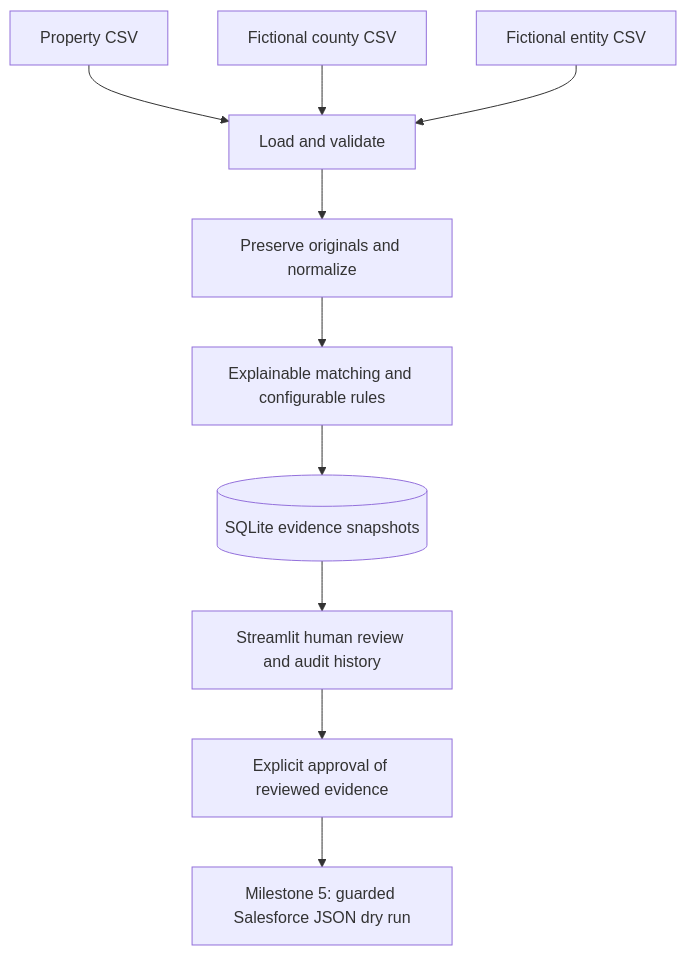
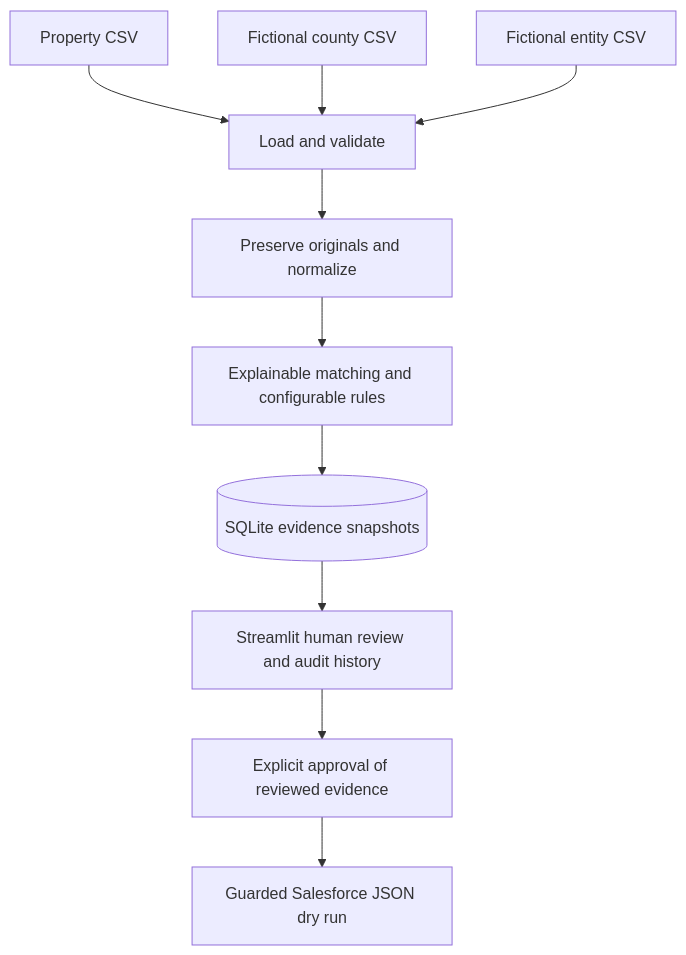
One commit to templeanderson/ownership-intelligence changed the diagram in README.md. Above: the diagram before and after it, drawn with Mermaid. The commit also changed other lines of this file and 11 other files, not shown here.

Commit message:
Add guarded Salesforce export

````diff
--- a/README.md
+++ b/README.md
@@ -175,12 +179,12 @@
 ```mermaid
 flowchart TD
     P[Property CSV] --> I[Load and validate]
     C[Fictional county CSV] --> I
     E[Fictional entity CSV] --> I
     I --> N[Preserve originals and normalize]
     N --> M[Explainable matching and configurable rules]
     M --> DB[(SQLite evidence snapshots)]
     DB --> R[Streamlit human review and audit history]
     R --> A[Explicit approval of reviewed evidence]
-    A --> X[Milestone 5: guarded Salesforce JSON dry run]
+    A --> X[Guarded Salesforce JSON dry run]
 ```
````
